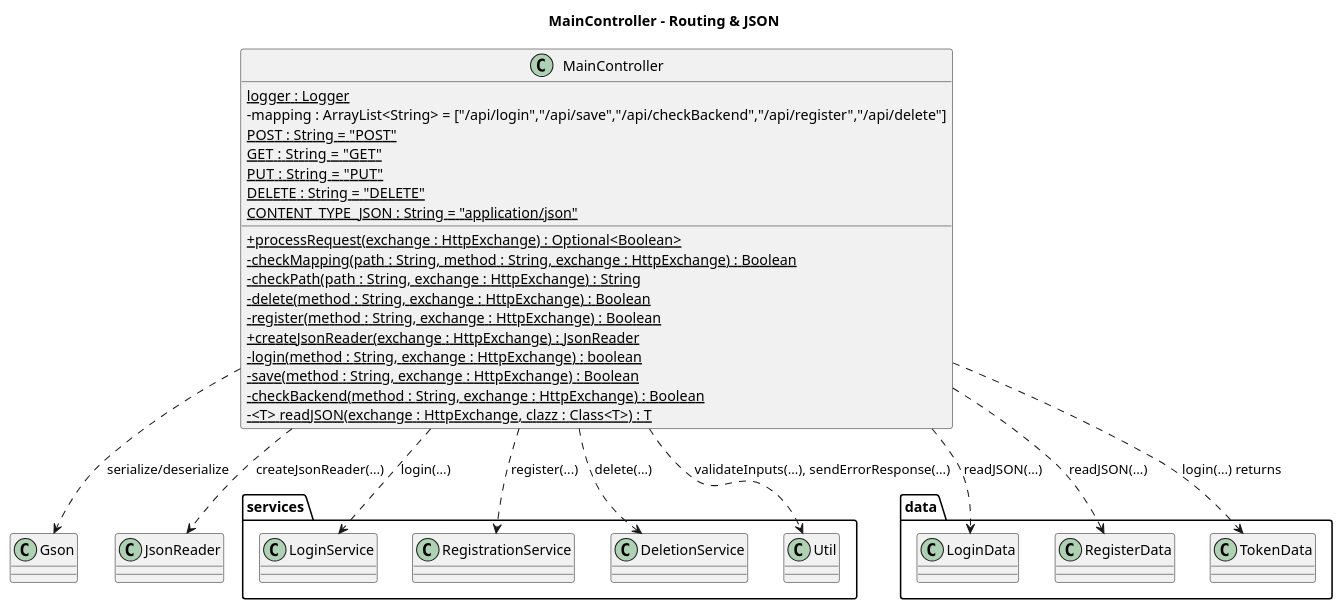
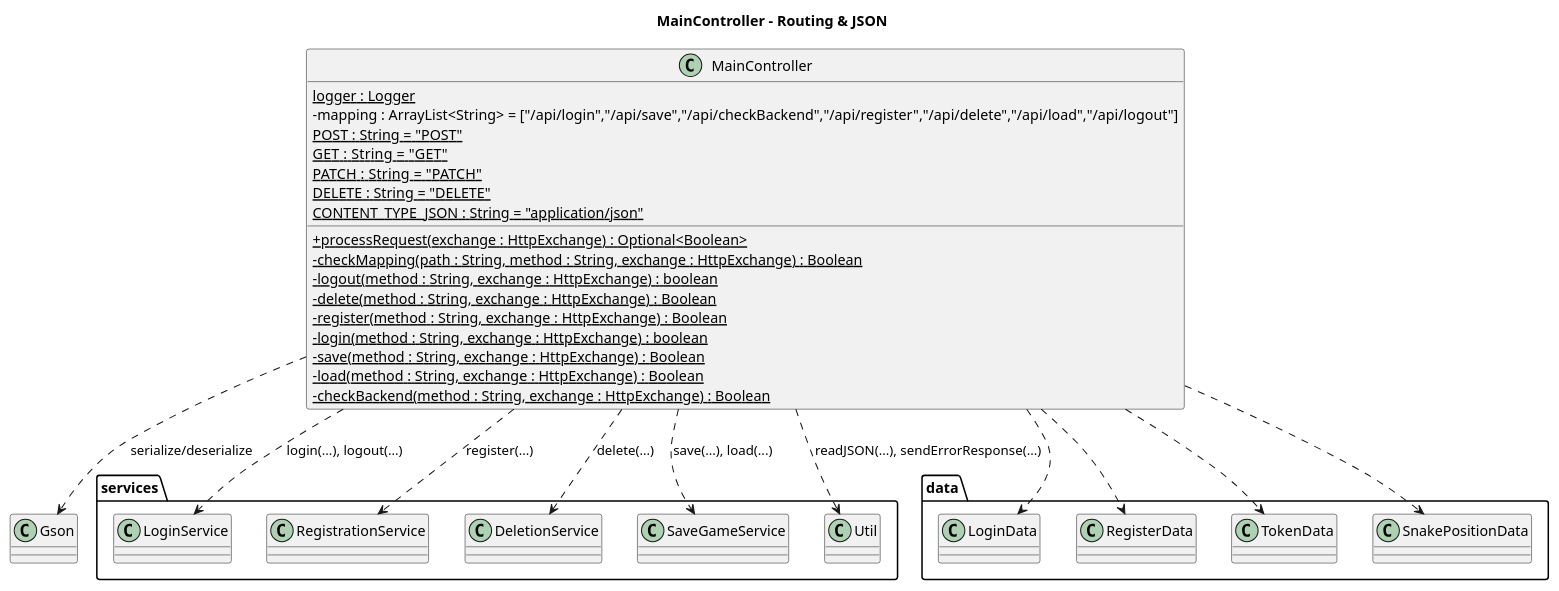
One commit to Princeps119/Princeps119-BFK_J3_Snake changed the diagram in backend/src/main/resources/documentation/plantUML/03_controller.puml. Above: the diagram before and after it, drawn with PlantUML. The commit also changed 5 other files, not shown here.

Commit message:
Robin plantuml updated

```diff
--- a/backend/src/main/resources/documentation/plantUML/03_controller.puml
+++ b/backend/src/main/resources/documentation/plantUML/03_controller.puml
@@ -1,36 +1,36 @@
 @startuml
 title MainController – Routing & JSON
 
 skinparam classAttributeIconSize 0
 
 class MainController {
   {static} logger : Logger
-  - mapping : ArrayList<String> = ["/api/login","/api/save","/api/checkBackend","/api/register","/api/delete"]
+  - mapping : ArrayList<String> = ["/api/login","/api/save","/api/checkBackend","/api/register","/api/delete","/api/load","/api/logout"]
   {static} POST : String = "POST"
   {static} GET  : String = "GET"
-  {static} PUT  : String = "PUT"
+  {static} PATCH : String = "PATCH"
   {static} DELETE : String = "DELETE"
   {static} CONTENT_TYPE_JSON : String = "application/json"
 
   + {static} processRequest(exchange : HttpExchange) : Optional<Boolean>
   - {static} checkMapping(path : String, method : String, exchange : HttpExchange) : Boolean
-  - {static} checkPath(path : String, exchange : HttpExchange) : String
+  - {static} logout(method : String, exchange : HttpExchange) : boolean
   - {static} delete(method : String, exchange : HttpExchange) : Boolean
   - {static} register(method : String, exchange : HttpExchange) : Boolean
-  + {static} createJsonReader(exchange : HttpExchange) : JsonReader
   - {static} login(method : String, exchange : HttpExchange) : boolean
   - {static} save(method : String, exchange : HttpExchange) : Boolean
+  - {static} load(method : String, exchange : HttpExchange) : Boolean
   - {static} checkBackend(method : String, exchange : HttpExchange) : Boolean
-  - {static} <T> readJSON(exchange : HttpExchange, clazz : Class<T>) : T
 }
 
-MainController ..> services.LoginService : login(...)
+MainController ..> services.LoginService : login(...), logout(...)
 MainController ..> services.RegistrationService : register(...)
 MainController ..> services.DeletionService : delete(...)
-MainController ..> data.LoginData : readJSON(...)
-MainController ..> data.RegisterData : readJSON(...)
-MainController ..> data.TokenData : login(...) returns
+MainController ..> services.SaveGameService : save(...), load(...)
+MainController ..> data.LoginData
+MainController ..> data.RegisterData
+MainController ..> data.TokenData
+MainController ..> data.SnakePositionData
 MainController ..> Gson : serialize/deserialize
-MainController ..> JsonReader : createJsonReader(...)
-MainController ..> services.Util : validateInputs(...), sendErrorResponse(...)
+MainController ..> services.Util : readJSON(...), sendErrorResponse(...)
 @enduml
```
